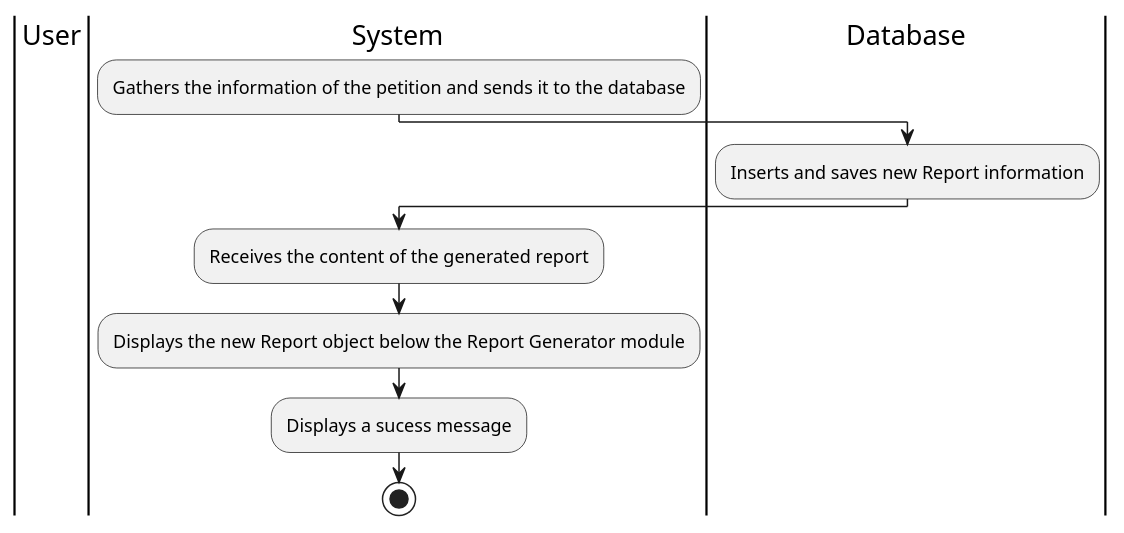
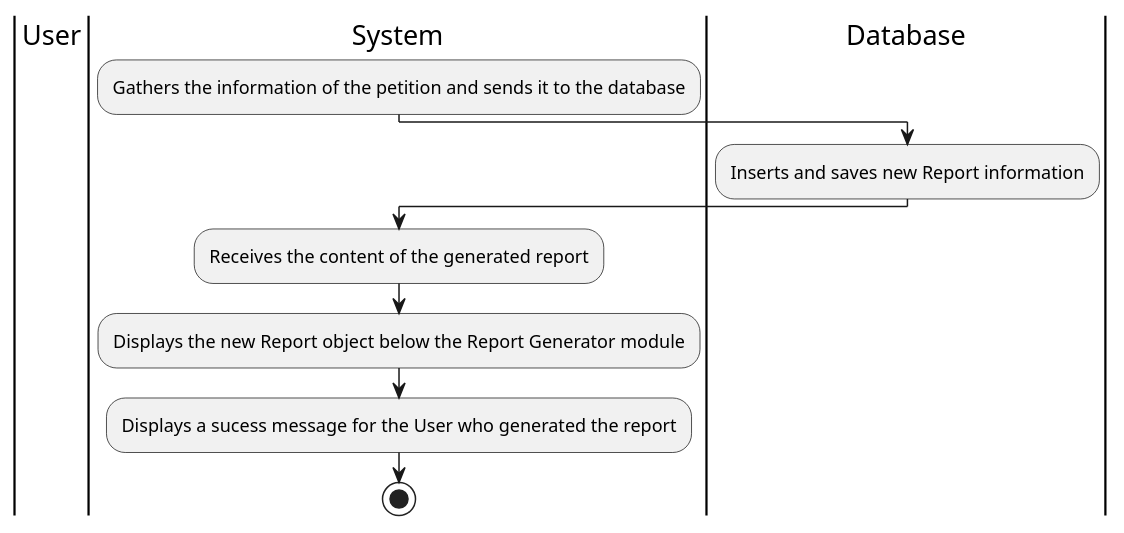
Before and after one commit to Berthou05/LimboSoftwareDevelopment_Change.org: the diagram in documentation/activity_diagrams/REP-01-03-ActivityDiagram.puml, drawn with PlantUML. The commit also changed 1 other file, not shown here.

Commit message:
[DOCS]: Correction of HS-01 and REP-01-03 Activity Diagrams.

```diff
--- a/documentation/activity_diagrams/REP-01-03-ActivityDiagram.puml
+++ b/documentation/activity_diagrams/REP-01-03-ActivityDiagram.puml
@@ -1,15 +1,15 @@
 @startuml
 |User|
 |System|
 :Gathers the information of the petition and sends it to the database;
 
 |Database|
 :Inserts and saves new Report information;
 
 |System|
 :Receives the content of the generated report;
 :Displays the new Report object below the Report Generator module;
-:Displays a sucess message;
+:Displays a sucess message for the User who generated the report;
 stop
 
 @enduml
```
